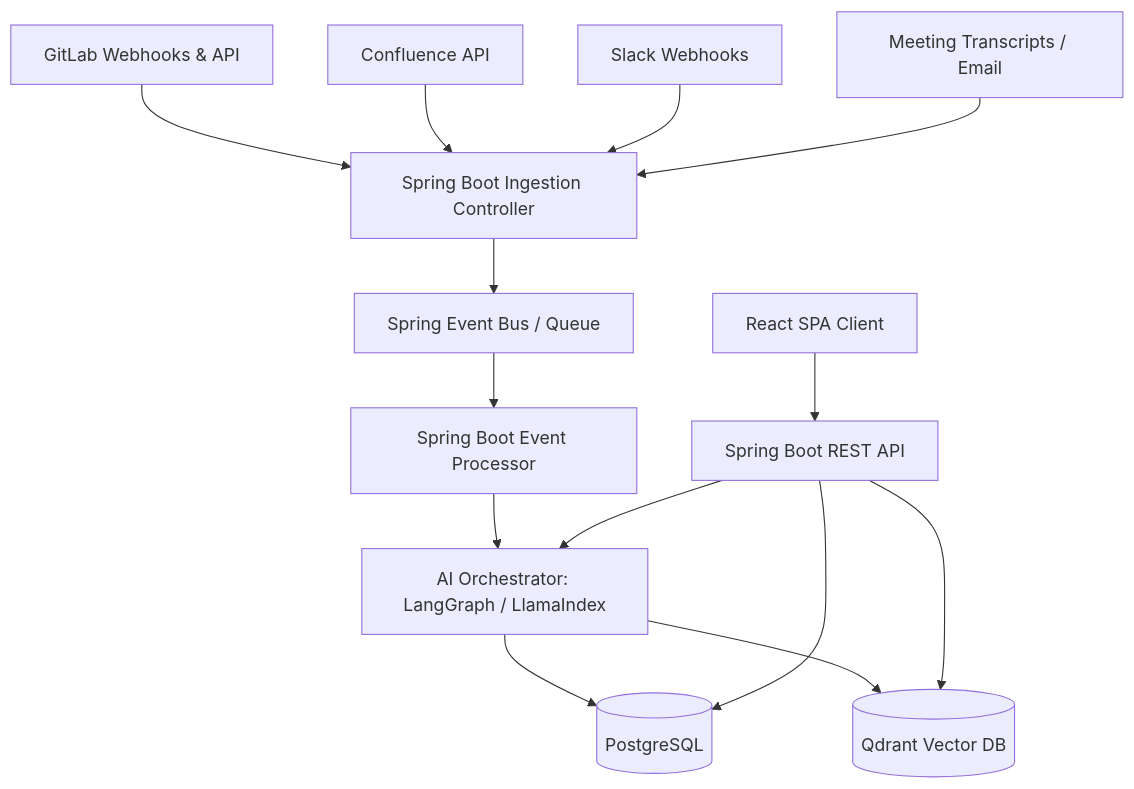
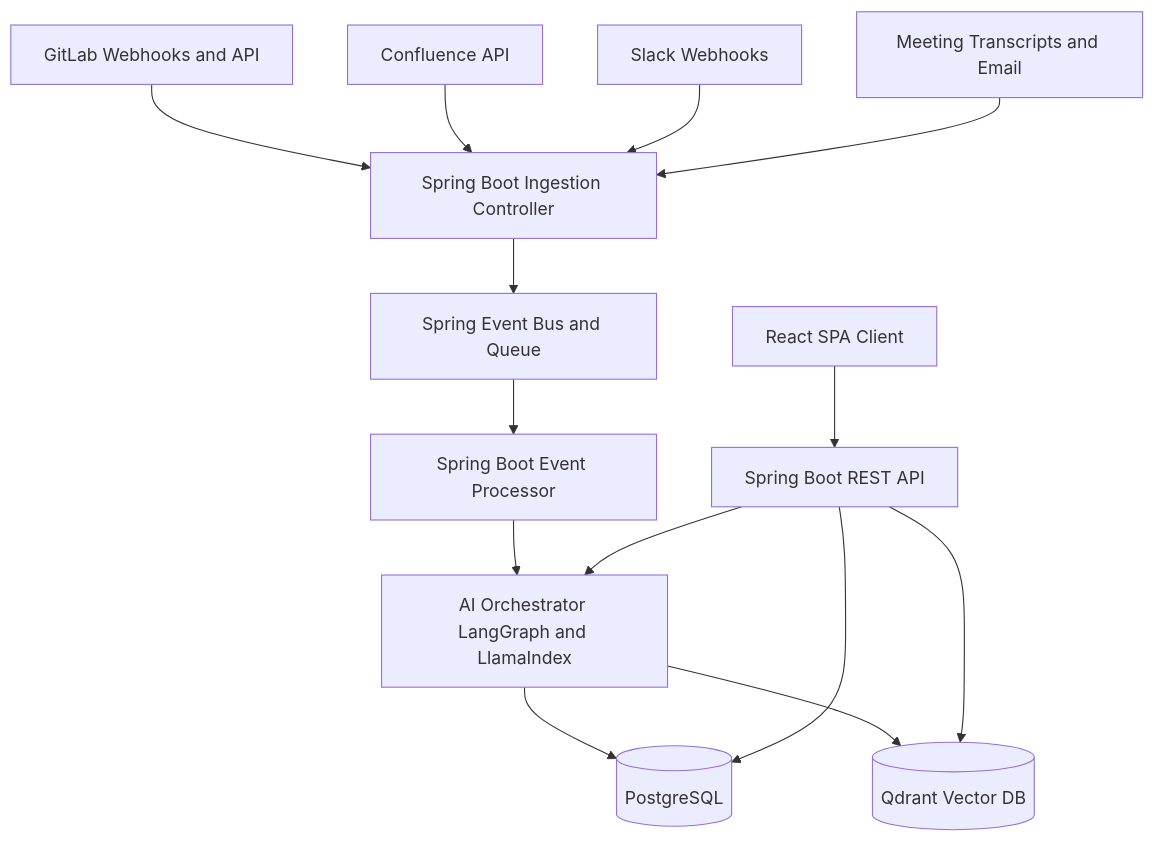
Before and after one commit to Ajithredd/Axis: the diagram in docs/ARCHITECTURE.md, drawn with Mermaid. The commit also changed 1 other file, not shown here.

Commit message:
fix:mermaid diagram

````diff
--- a/docs/ARCHITECTURE.md
+++ b/docs/ARCHITECTURE.md
@@ -6,22 +6,22 @@
 ```mermaid
 graph TD
     %% Ingestion Sources
-    GitLab[GitLab Webhooks & API] --> Ingestion[Spring Boot Ingestion Controller]
+    GitLab[GitLab Webhooks and API] --> Ingestion[Spring Boot Ingestion Controller]
     Confluence[Confluence API] --> Ingestion
     Slack[Slack Webhooks] --> Ingestion
-    Transcripts[Meeting Transcripts / Email] --> Ingestion
+    Transcripts[Meeting Transcripts and Email] --> Ingestion
     
     %% Processing & Storage
-    Ingestion --> EventBus[Spring Event Bus / Queue]
+    Ingestion --> EventBus[Spring Event Bus and Queue]
     EventBus --> Processor[Spring Boot Event Processor]
-    Processor --> AgenticCore[AI Orchestrator: LangGraph / LlamaIndex]
+    Processor --> AgenticCore[AI Orchestrator LangGraph and LlamaIndex]
     
     AgenticCore --> RelationalDB[(PostgreSQL)]
     AgenticCore --> VectorStore[(Qdrant Vector DB)]
     
     %% Delivery Layer
     WebUI[React SPA Client] --> API[Spring Boot REST API]
     API --> RelationalDB
     API --> VectorStore
     API --> AgenticCore
 ```
````
